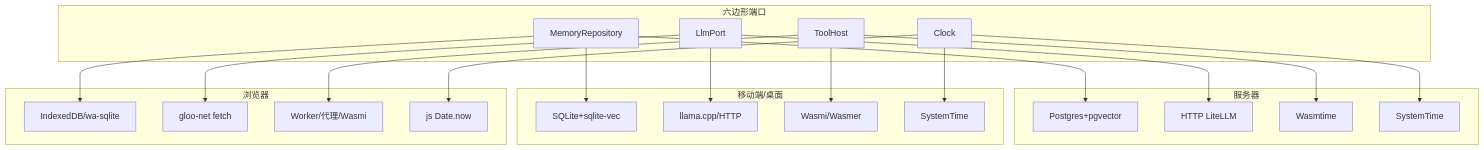
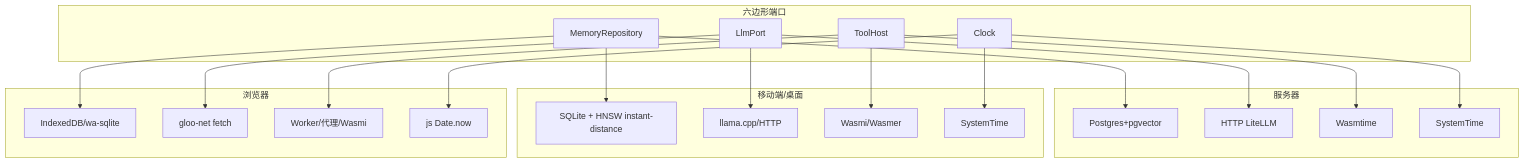
Before and after one commit to s1366560/agi-demos: the diagram in agi-stack/docs/architecture/03-platform-adapters.md, drawn with Mermaid. The commit also changed other lines of this file and 2 other files, not shown here.

Commit message:
docs(agi-stack): record Wave F on-device HNSW vector evidence
- 04 §1: add evidence #19 (HNSW ANN + n-gram embedding, bench numbers, why not
  sqlite-vec, lazy-rebuild mutability model); §2 fill 端上向量检索 N=10k row
  (HNSW 2.43 ms vs brute 75 ms); §4 summary clause.
- 05 §2 risk #3 -> realized via instant-distance HNSW; §3 metric row filled;
  §4 #3 rewritten to realized-via-HNSW with bench + future notes (higher dim,
  incremental insert, sqlite-vec as server-side option).
- 03 §1 device vector row + mermaid node -> HNSW (instant-distance) over
  SQLite brute-force baseline.

````diff
--- a/agi-stack/docs/architecture/03-platform-adapters.md
+++ b/agi-stack/docs/architecture/03-platform-adapters.md
@@ -57,27 +57,27 @@
 ```mermaid
 graph TD
     subgraph P["六边形端口"]
         MR[MemoryRepository]
         LLM[LlmPort]
         TH[ToolHost]
         CLK[Clock]
     end
     subgraph SRV["服务器"]
         MR --> A1[Postgres+pgvector]
         LLM --> A2[HTTP LiteLLM]
         TH --> A3[Wasmtime]
         CLK --> A4[SystemTime]
     end
     subgraph DEV["移动端/桌面"]
-        MR --> B1[SQLite+sqlite-vec]
+        MR --> B1[SQLite + HNSW instant-distance]
         LLM --> B2[llama.cpp/HTTP]
         TH --> B3[Wasmi/Wasmer]
         CLK --> B4[SystemTime]
     end
     subgraph WEB["浏览器"]
         MR --> C1[IndexedDB/wa-sqlite]
         LLM --> C2[gloo-net fetch]
         TH --> C3[Worker/代理/Wasmi]
         CLK --> C4[js Date.now]
     end
 ```
````
